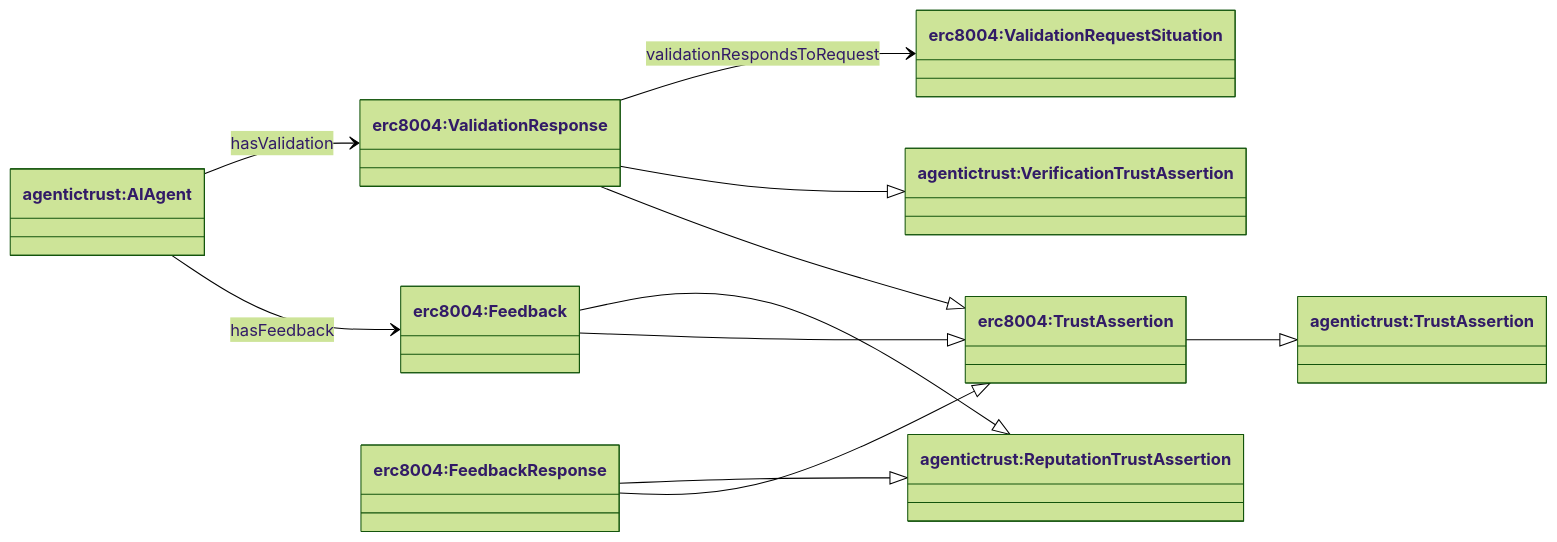
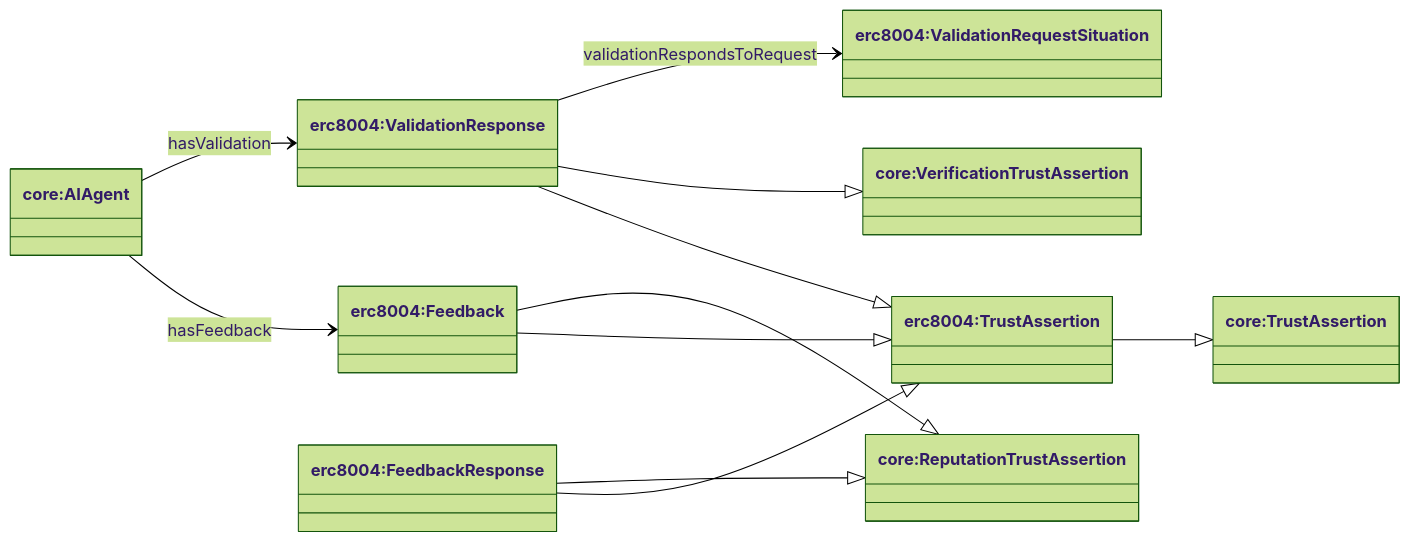
Before and after one commit to Agentic-Trust-Layer/agent-explorer: the second of 3 diagrams in docs/ontology/erc8004.md, drawn with Mermaid (forest theme). The commit also changed other lines of this file and 49 other files, not shown here.

````diff
--- a/docs/ontology/erc8004.md
+++ b/docs/ontology/erc8004.md
@@ -66,30 +77,30 @@
 ```mermaid
 classDiagram
 direction LR
 
-class TrustAssertion["agentictrust:TrustAssertion"]
-class VerificationAssertion["agentictrust:VerificationTrustAssertion"]
-class ReputationAssertion["agentictrust:ReputationTrustAssertion"]
-class AIAgent["agentictrust:AIAgent"]
+class TrustAssertion["core:TrustAssertion"]
+class VerificationAssertion["core:VerificationTrustAssertion"]
+class ReputationAssertion["core:ReputationTrustAssertion"]
+class AIAgent["core:AIAgent"]
 
 class ErcTrustAssertion["erc8004:TrustAssertion"]
 class ValidationRequest["erc8004:ValidationRequestSituation"]
 class ValidationResponse["erc8004:ValidationResponse"]
 class Feedback["erc8004:Feedback"]
 class FeedbackResponse["erc8004:FeedbackResponse"]
 
 ErcTrustAssertion --|> TrustAssertion
 
 ValidationResponse --|> ErcTrustAssertion
 ValidationResponse --|> VerificationAssertion
 
 Feedback --|> ErcTrustAssertion
 Feedback --|> ReputationAssertion
 FeedbackResponse --|> ErcTrustAssertion
 FeedbackResponse --|> ReputationAssertion
 
 AIAgent --> Feedback : hasFeedback
 AIAgent --> ValidationResponse : hasValidation
 
 ValidationResponse --> ValidationRequest : validationRespondsToRequest
 ```
````
